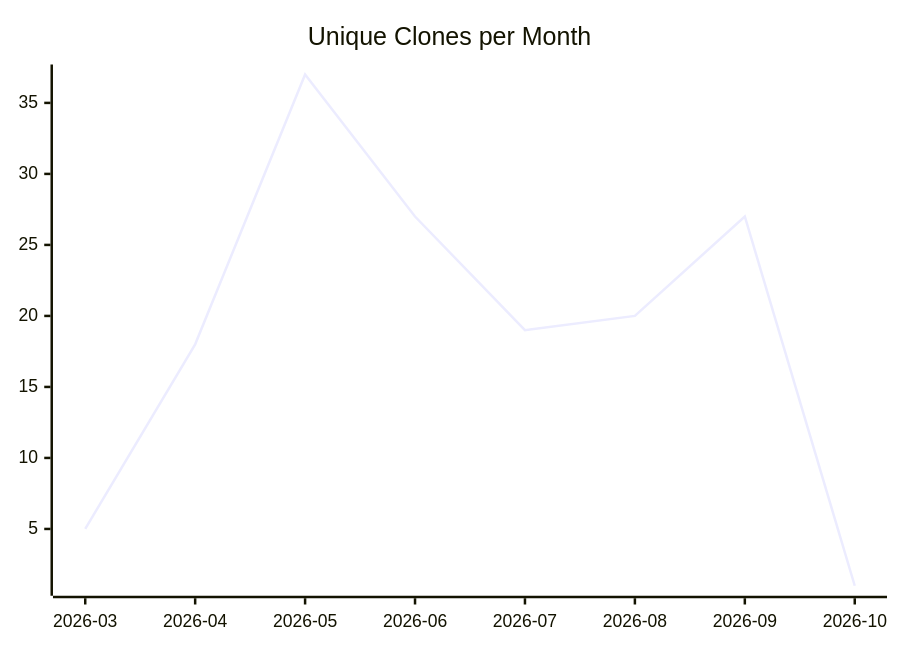
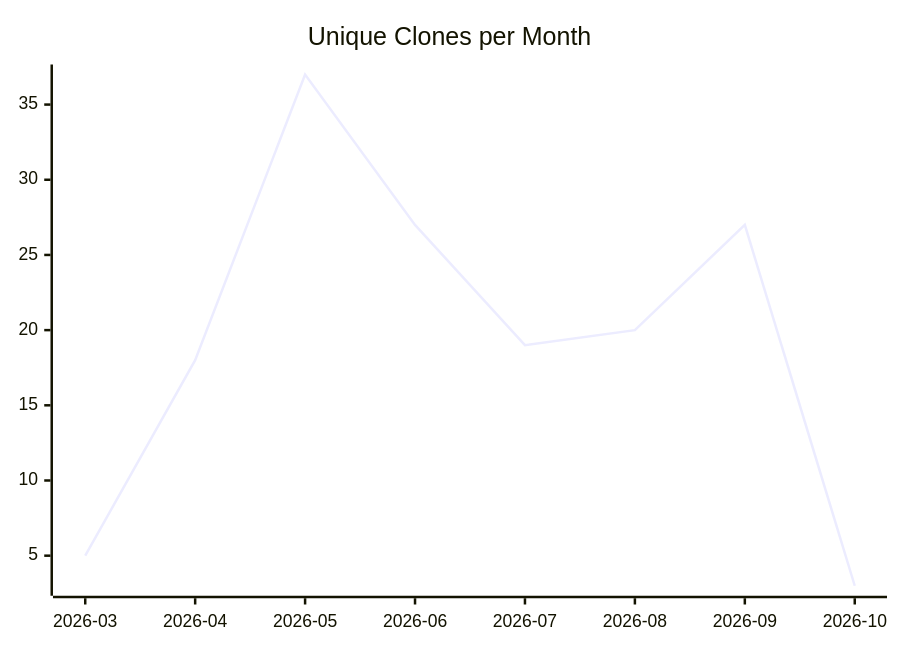
One commit to justdavis-family/github-analytics-data changed the third of 3 diagrams in karlmdavis/obsidian-operator/README.md. Above: the diagram before and after it, drawn with Mermaid. The commit also changed other lines of this file and 203 other files, not shown here.

````diff
--- a/karlmdavis/obsidian-operator/README.md
+++ b/karlmdavis/obsidian-operator/README.md
@@ -19,6 +19,6 @@
 ```mermaid
 xychart-beta
   title "Unique Clones per Month"
   x-axis ["2026-03", "2026-04", "2026-05", "2026-06", "2026-07", "2026-08", "2026-09", "2026-10"]
-  line [5, 18, 37, 27, 19, 20, 27, 1]
+  line [5, 18, 37, 27, 19, 20, 27, 3]
 ```
````
